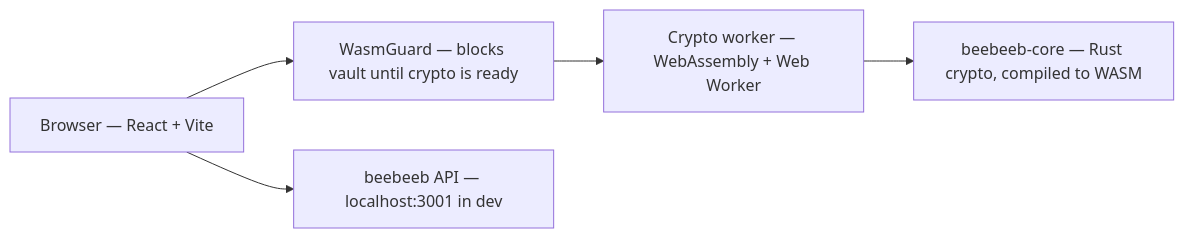
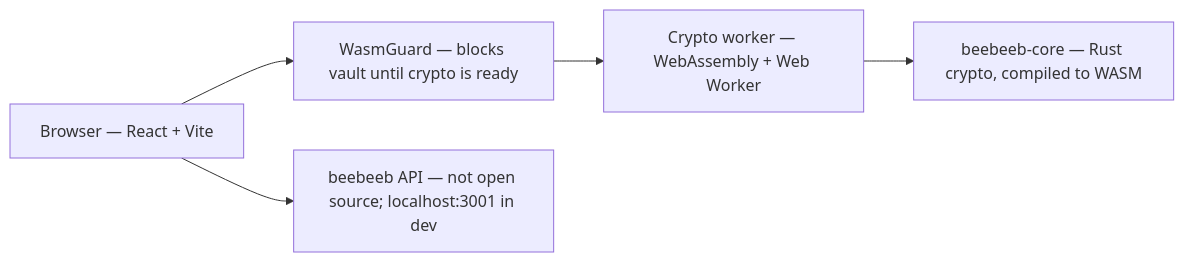
The diagram in README.md (beebeeb-io/web), drawn with Mermaid before and after one commit. The commit also changed other lines of this file and 1 other file, not shown here.

First line of the commit message:
docs: build-from-source without the private server or workspace layout

````diff
--- a/README.md
+++ b/README.md
@@ -29,11 +29,11 @@
 ```mermaid
 flowchart LR
     Browser["Browser — React + Vite"]
     Guard["WasmGuard — blocks vault until crypto is ready"]
     Worker["Crypto worker — WebAssembly + Web Worker"]
     Core["beebeeb-core — Rust crypto, compiled to WASM"]
-    API["beebeeb API — localhost:3001 in dev"]
+    API["beebeeb API — not open source; localhost:3001 in dev"]
 
     Browser --> Guard --> Worker --> Core
     Browser --> API
 ```
````
